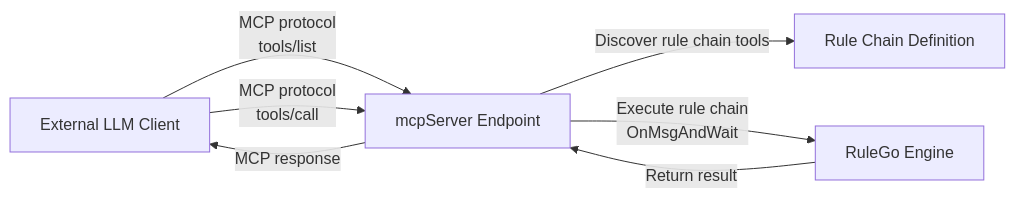
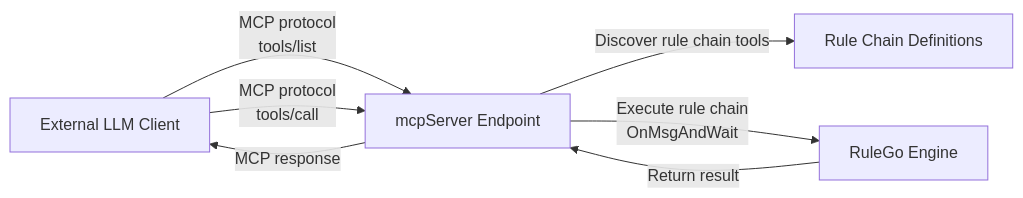
One commit to rulego/rulego-doc changed the diagram in docs/en/components/extension/ai/components/mcp-server.md. Above: the diagram before and after it, drawn with Mermaid. The commit also changed other lines of this file and 15 other files, not shown here.

````diff
--- a/docs/en/components/extension/ai/components/mcp-server.md
+++ b/docs/en/components/extension/ai/components/mcp-server.md
@@ -11,9 +13,9 @@
 ```mermaid
 graph LR
     A[External LLM Client] -->|"MCP protocol<br/>tools/list"| B[mcpServer Endpoint]
-    B -->|"Discover rule chain tools"| C[Rule Chain Definition]
+    B -->|"Discover rule chain tools"| C[Rule Chain Definitions]
     A -->|"MCP protocol<br/>tools/call"| B
     B -->|"Execute rule chain<br/>OnMsgAndWait"| D[RuleGo Engine]
     D -->|"Return result"| B
     B -->|"MCP response"| A
 ```
````
